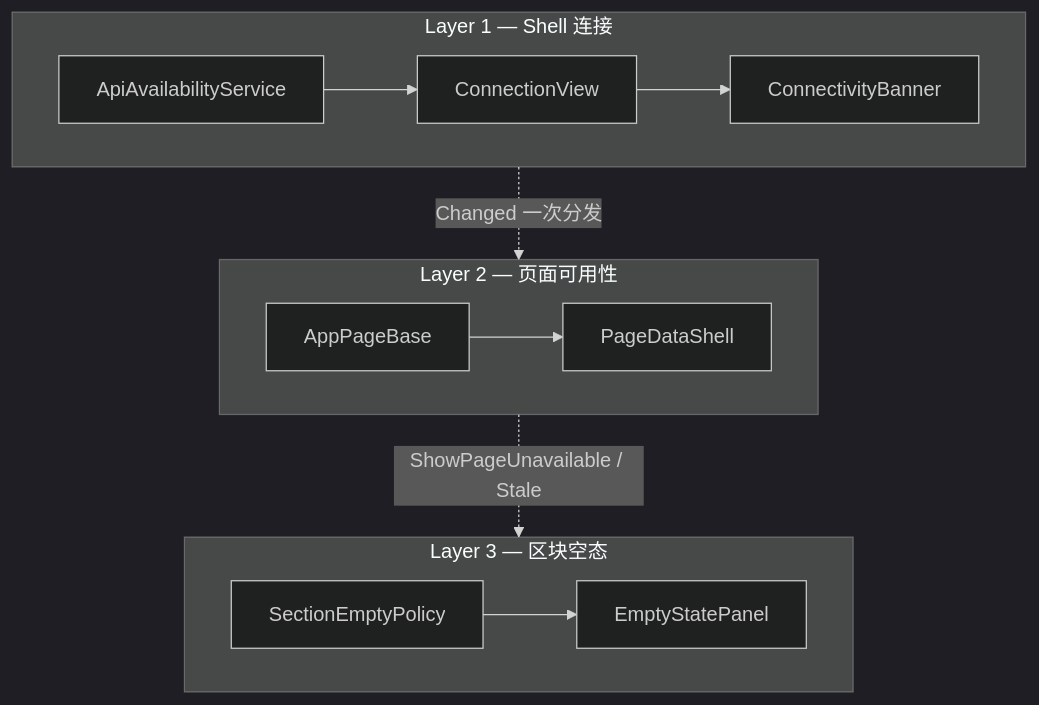
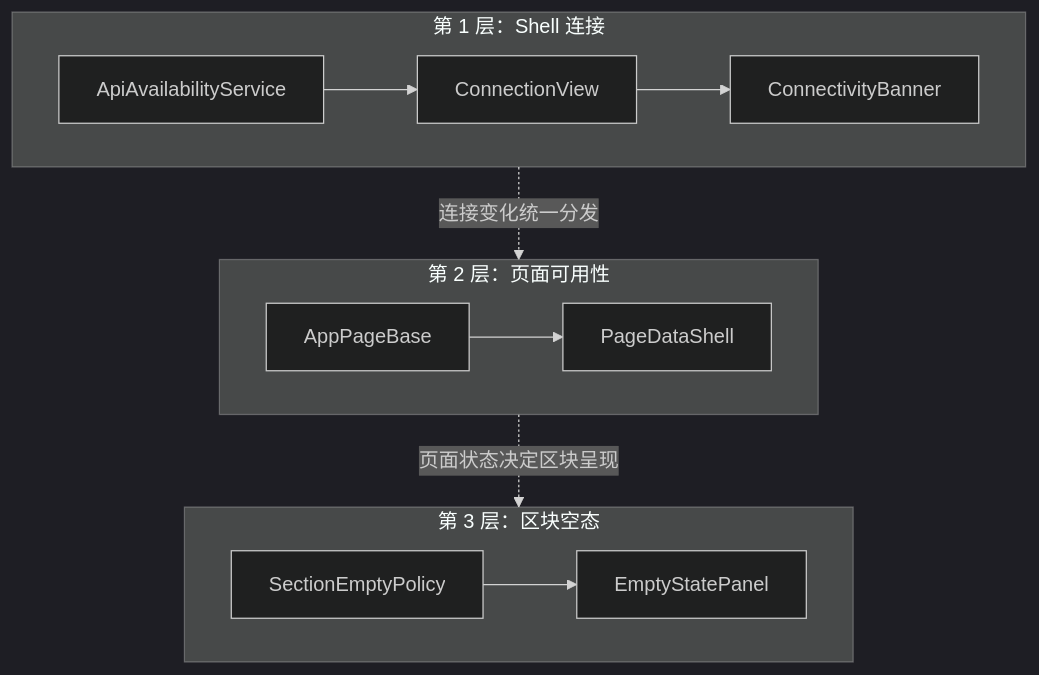
Before and after one commit to pacmandoh/pactoolkits: the diagram in docs/architecture/desktop-state.md, drawn with Mermaid (dark theme). The commit also changed other lines of this file and 25 other files, not shown here.

````diff
--- a/docs/architecture/desktop-state.md
+++ b/docs/architecture/desktop-state.md
@@ -9,24 +9,24 @@
 ```mermaid
 flowchart TB
-  subgraph L1["Layer 1 — Shell 连接"]
+  subgraph L1["第 1 层：Shell 连接"]
     Probe["ApiAvailabilityService"]
     Conn["ConnectionView"]
     Banner["ConnectivityBanner"]
     Probe --> Conn --> Banner
   end
 
-  subgraph L2["Layer 2 — 页面可用性"]
+  subgraph L2["第 2 层：页面可用性"]
     Base["AppPageBase"]
     Shell["PageDataShell"]
     Base --> Shell
   end
 
-  subgraph L3["Layer 3 — 区块空态"]
+  subgraph L3["第 3 层：区块空态"]
     Empty["EmptyStatePanel"]
     Policy["SectionEmptyPolicy"]
     Policy --> Empty
   end
 
-  L1 -.->|Changed 一次分发| L2
-  L2 -.->|ShowPageUnavailable / Stale| L3
+  L1 -.->|连接变化统一分发| L2
+  L2 -.->|页面状态决定区块呈现| L3
 ```
````
